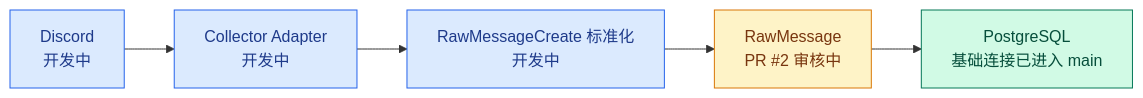
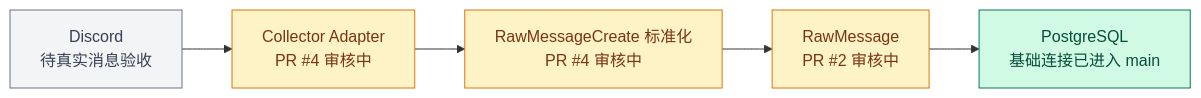
Before and after one commit to norafu-dev/ai-trading: the second of 2 diagrams in docs/PROJECT_STATUS.md, drawn with Mermaid. The commit also changed other lines of this file and 1 other file, not shown here.

````diff
--- a/docs/PROJECT_STATUS.md
+++ b/docs/PROJECT_STATUS.md
@@ -65,16 +64,16 @@
 ```mermaid
 flowchart LR
-    D["Discord<br/>开发中"] --> C["Collector Adapter<br/>开发中"]
-    C --> N["RawMessageCreate 标准化<br/>开发中"]
+    D["Discord<br/>待真实消息验收"] --> C["Collector Adapter<br/>PR #4 审核中"]
+    C --> N["RawMessageCreate 标准化<br/>PR #4 审核中"]
     N --> R["RawMessage<br/>PR #2 审核中"]
     R --> P["PostgreSQL<br/>基础连接已进入 main"]
 
     classDef done fill:#d1fae5,stroke:#047857,color:#064e3b;
     classDef review fill:#fef3c7,stroke:#d97706,color:#78350f;
     classDef pending fill:#f3f4f6,stroke:#6b7280,color:#374151;
 
     class P done;
     class R review;
-    classDef progress fill:#dbeafe,stroke:#2563eb,color:#1e3a8a;
-    class D,C,N progress;
+    class D pending;
+    class C,N review;
 ```
````
